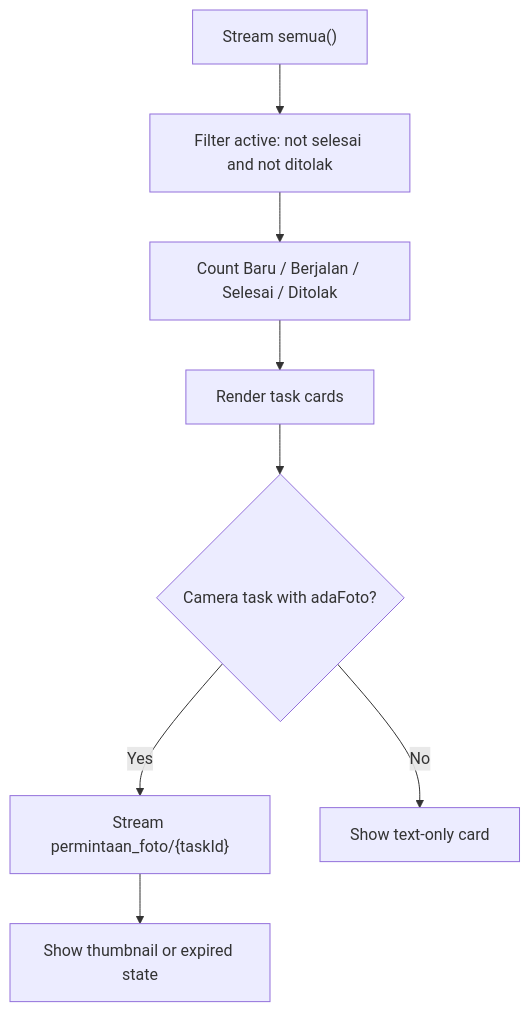
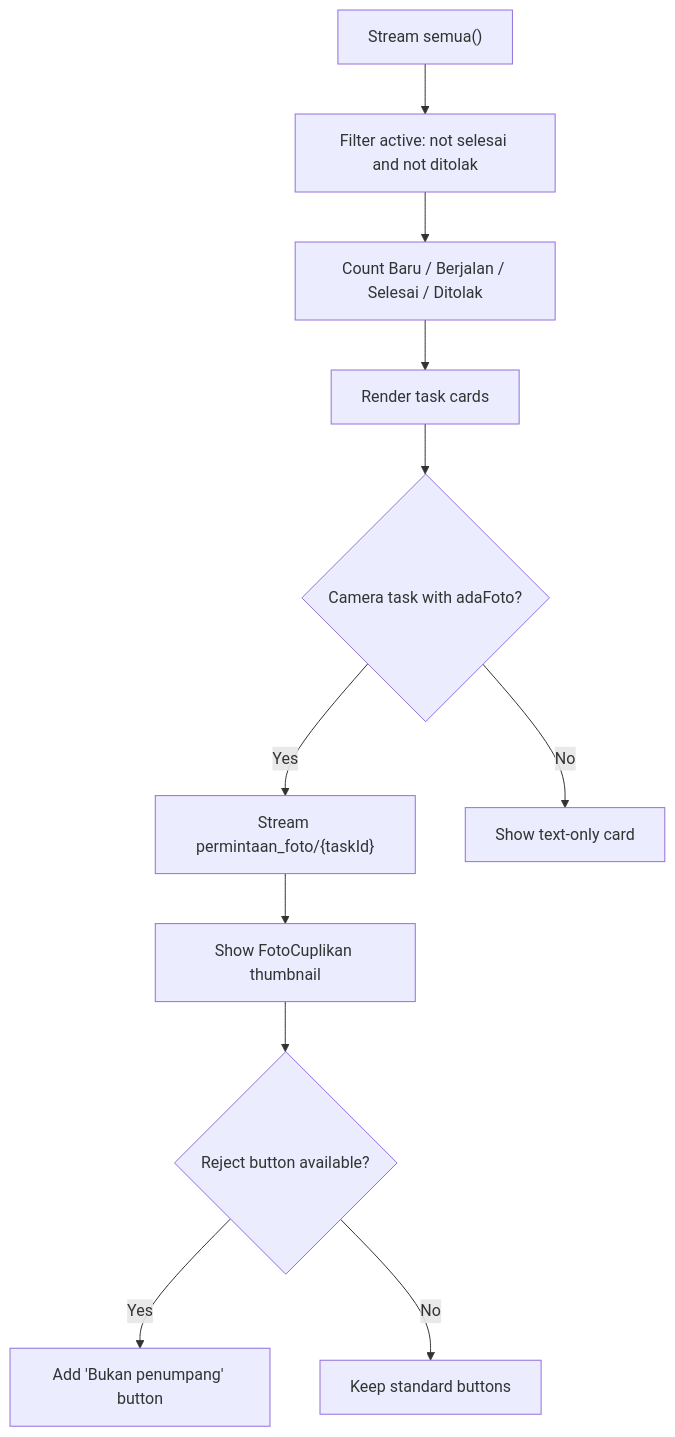
The eighth of 11 diagrams in .qoder/repowiki/en/content/AI Detection System/Anonymous Photo Verification System.md (rdsarjito/whoosh-ramah), drawn with Mermaid before and after one commit. The commit also changed other lines of this file and 18 other files, not shown here.

````diff
--- a/.qoder/repowiki/en/content/AI Detection System/Anonymous Photo Verification System.md
+++ b/.qoder/repowiki/en/content/AI Detection System/Anonymous Photo Verification System.md
@@ -306,10 +403,13 @@
 ```mermaid
 flowchart TD
 Stream["Stream semua()"] --> Filter["Filter active: not selesai and not ditolak"]
 Filter --> Summarize["Count Baru / Berjalan / Selesai / Ditolak"]
 Summarize --> RenderCards["Render task cards"]
 RenderCards --> CheckPhoto{"Camera task with adaFoto?"}
 CheckPhoto --> |Yes| LoadPhoto["Stream permintaan_foto/{taskId}"]
-LoadPhoto --> ShowThumb["Show thumbnail or expired state"]
+LoadPhoto --> ShowThumb["Show FotoCuplikan thumbnail"]
 CheckPhoto --> |No| ShowText["Show text-only card"]
+ShowThumb --> RejectWorkflow{"Reject button available?"}
+RejectWorkflow --> |Yes| AddReject["Add 'Bukan penumpang' button"]
+RejectWorkflow --> |No| KeepStandard["Keep standard buttons"]
 ```
````
